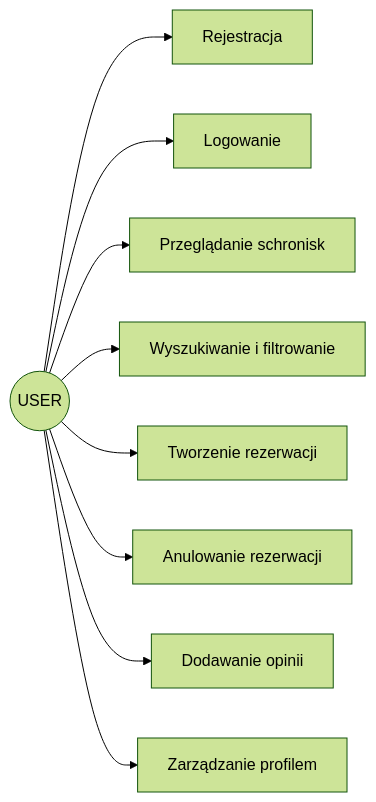
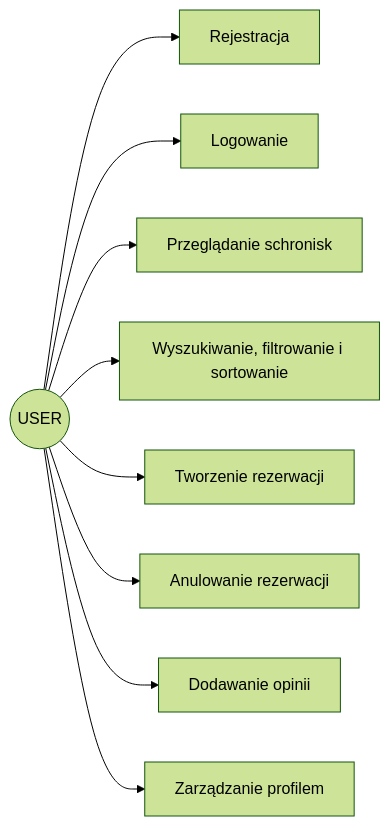
One commit to sh1zer/bnabd changed the first of 5 diagrams in docs/04_role_i_przyklady.md. Above: the diagram before and after it, drawn with Mermaid (forest theme). The commit also changed other lines of this file and 10 other files, not shown here.

````diff
--- a/docs/04_role_i_przyklady.md
+++ b/docs/04_role_i_przyklady.md
@@ -70,12 +107,12 @@
 ```mermaid
 graph LR
     U((USER))
     U --> UC1[Rejestracja]
     U --> UC2[Logowanie]
     U --> UC3[Przeglądanie schronisk]
-    U --> UC4[Wyszukiwanie i filtrowanie]
+    U --> UC4[Wyszukiwanie, filtrowanie i sortowanie]
     U --> UC5[Tworzenie rezerwacji]
     U --> UC6[Anulowanie rezerwacji]
     U --> UC7[Dodawanie opinii]
     U --> UC8[Zarządzanie profilem]
 ```
````
